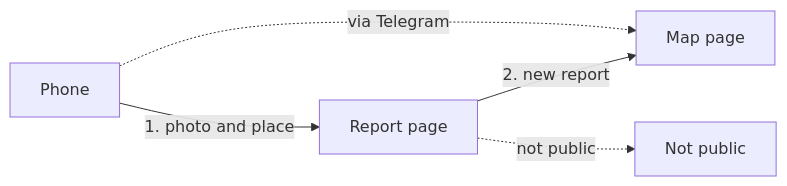
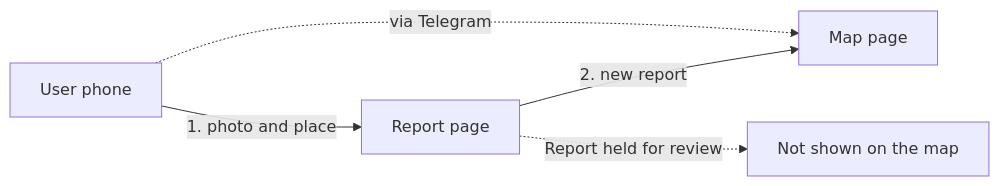
Before and after one commit to skad0/skills: the diagram in skills/plain-explain/examples/out/street-reports-report-flow.product.md, drawn with Mermaid. The commit also changed other lines of this file and 26 other files, not shown here.

````diff
--- a/skills/plain-explain/examples/out/street-reports-report-flow.product.md
+++ b/skills/plain-explain/examples/out/street-reports-report-flow.product.md
@@ -5,11 +5,11 @@
 ```mermaid
 flowchart LR
-  phone["Phone"]
+  phone["User phone"]
   page["Report page"]
   map["Map page"]
-  held["Not public"]
+  held["Not shown on the map"]
   phone -->|"1. photo and place"| page
   phone -.->|"via Telegram"| map
   page -->|"2. new report"| map
-  page -.->|"not public"| held
+  page -.->|"Report held for review"| held
 ```
````
